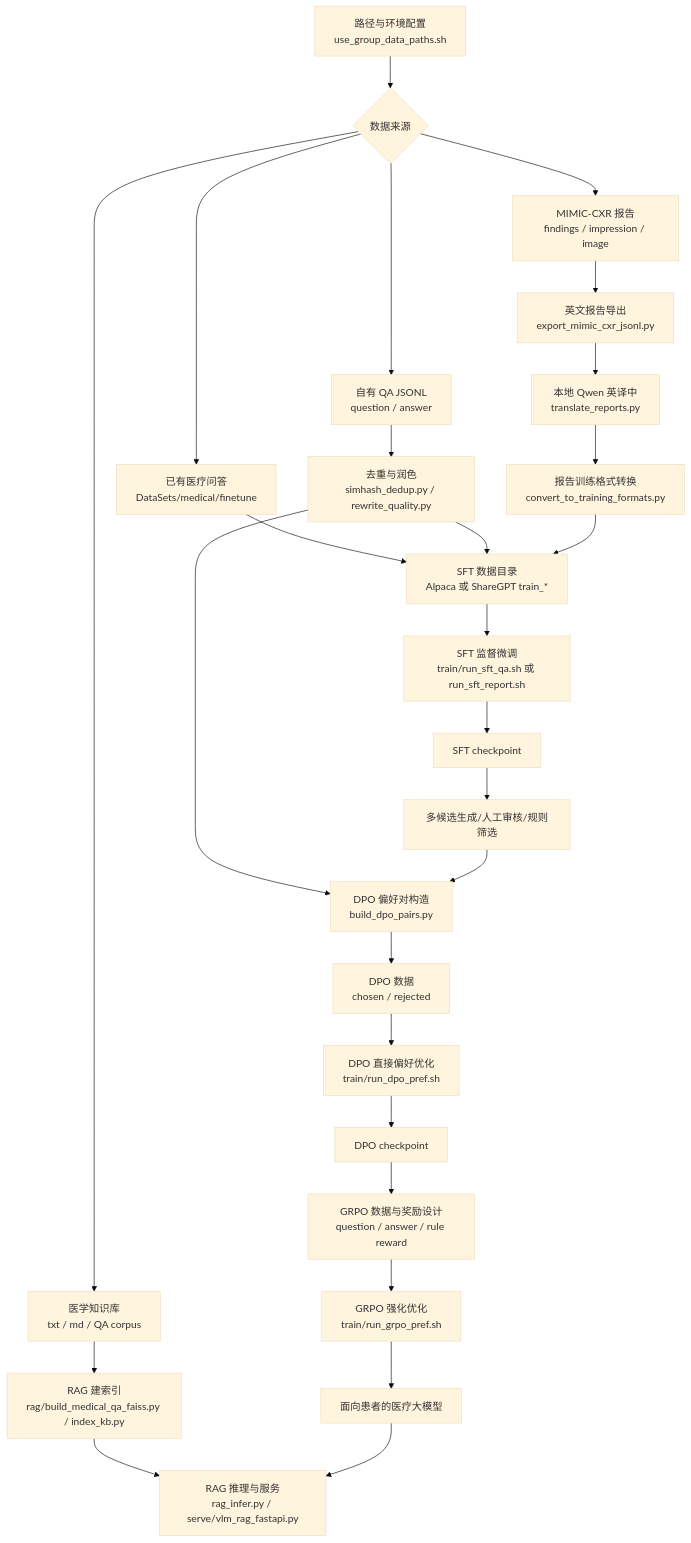
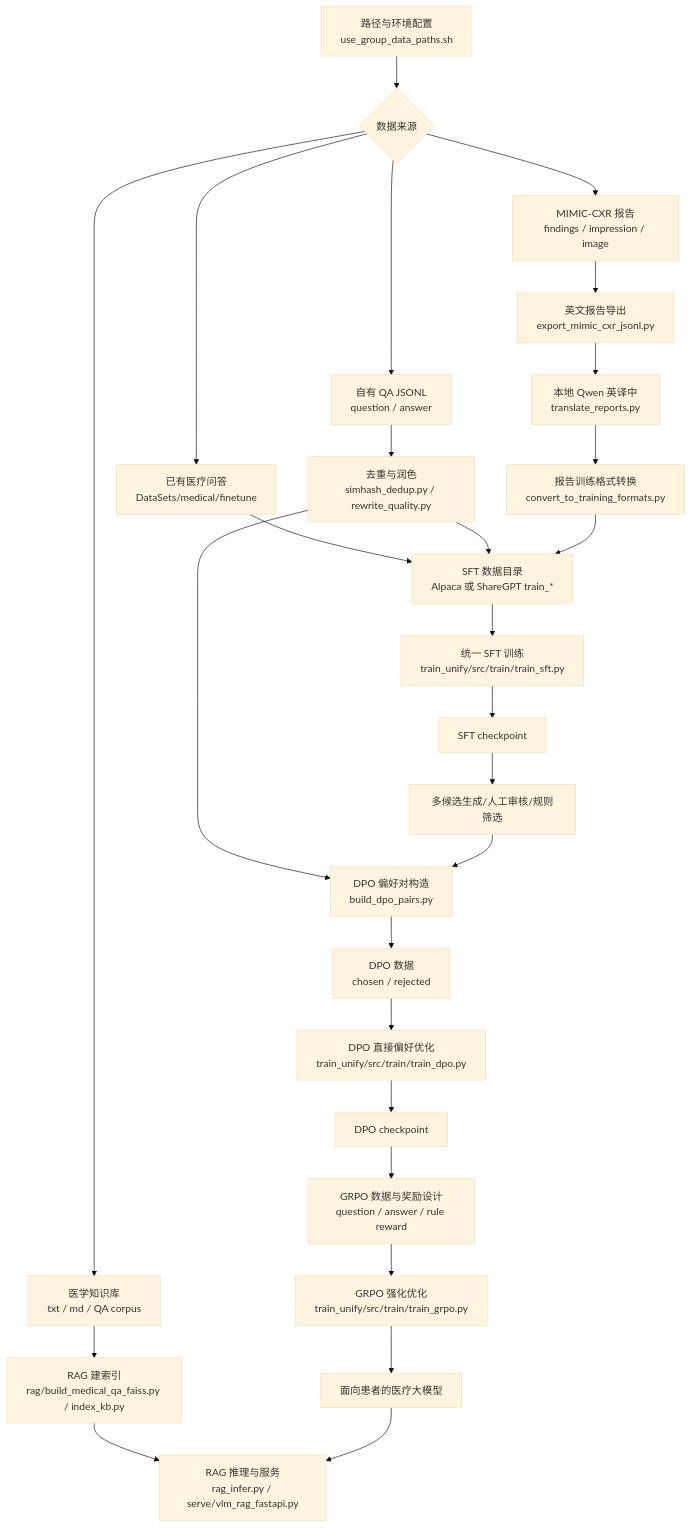
One commit to scuterGuoyulong/Medical_fullstack changed the diagram in README.md. Above: the diagram before and after it, drawn with Mermaid (base theme). The commit also changed other lines of this file, not shown here.

````diff
--- a/README.md
+++ b/README.md
@@ -19,35 +19,35 @@
 ```mermaid
 flowchart TD
     A[路径与环境配置<br/>use_group_data_paths.sh] --> B{数据来源}
 
     B --> C1[已有医疗问答<br/>DataSets/medical/finetune]
     B --> C2[自有 QA JSONL<br/>question / answer]
     B --> C3[MIMIC-CXR 报告<br/>findings / impression / image]
     B --> C4[医学知识库<br/>txt / md / QA corpus]
 
     C2 --> D1[去重与润色<br/>simhash_dedup.py / rewrite_quality.py]
     C3 --> D2[英文报告导出<br/>export_mimic_cxr_jsonl.py]
     D2 --> D3[本地 Qwen 英译中<br/>translate_reports.py]
     D3 --> D4[报告训练格式转换<br/>convert_to_training_formats.py]
     C1 --> E[SFT 数据目录<br/>Alpaca 或 ShareGPT train_*]
     D1 --> E
     D4 --> E
 
-    E --> F[SFT 监督微调<br/>train/run_sft_qa.sh 或 run_sft_report.sh]
+    E --> F[统一 SFT 训练<br/>train_unify/src/train/train_sft.py]
     F --> G[SFT checkpoint]
 
     D1 --> H[DPO 偏好对构造<br/>build_dpo_pairs.py]
     G --> I[多候选生成/人工审核/规则筛选]
     I --> H
     H --> J[DPO 数据<br/>chosen / rejected]
-    J --> K[DPO 直接偏好优化<br/>train/run_dpo_pref.sh]
+    J --> K[DPO 直接偏好优化<br/>train_unify/src/train/train_dpo.py]
     K --> L[DPO checkpoint]
 
     L --> M[GRPO 数据与奖励设计<br/>question / answer / rule reward]
-    M --> N[GRPO 强化优化<br/>train/run_grpo_pref.sh]
+    M --> N[GRPO 强化优化<br/>train_unify/src/train/train_grpo.py]
     N --> O[面向患者的医疗大模型]
 
     C4 --> P[RAG 建索引<br/>rag/build_medical_qa_faiss.py / index_kb.py]
     P --> Q[RAG 推理与服务<br/>rag_infer.py / serve/vlm_rag_fastapi.py]
     O --> Q
 ```
````
